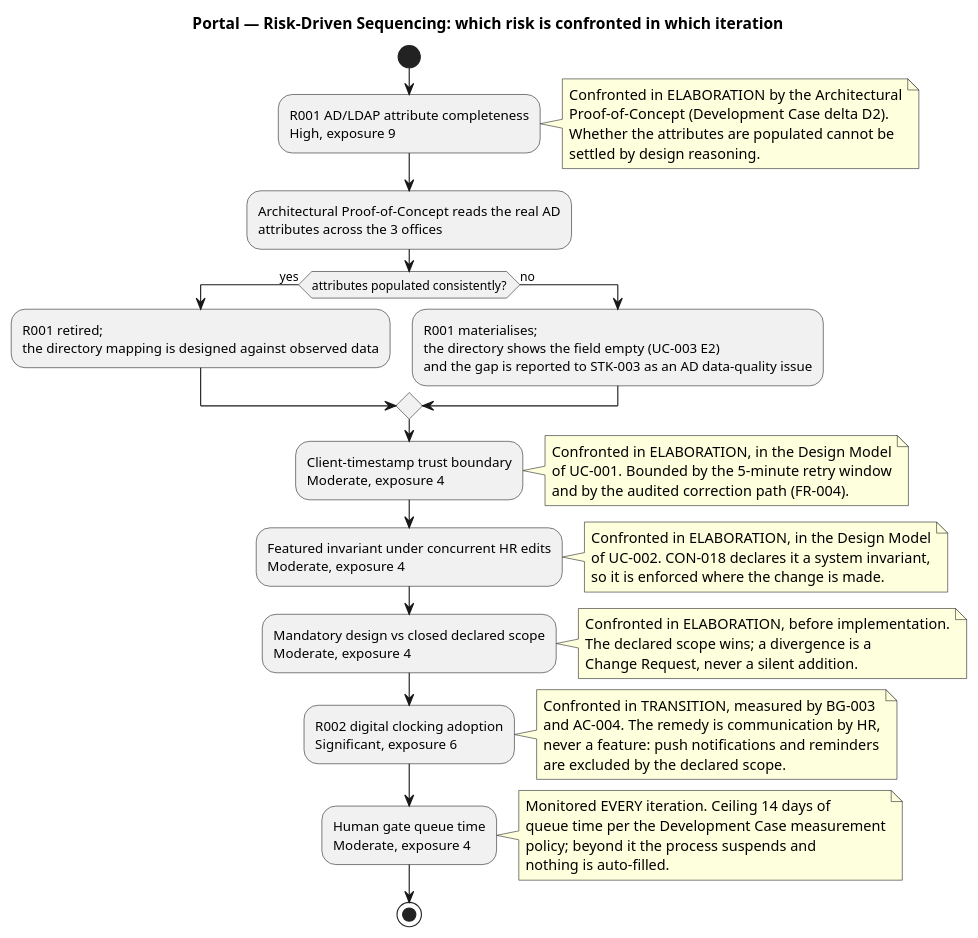
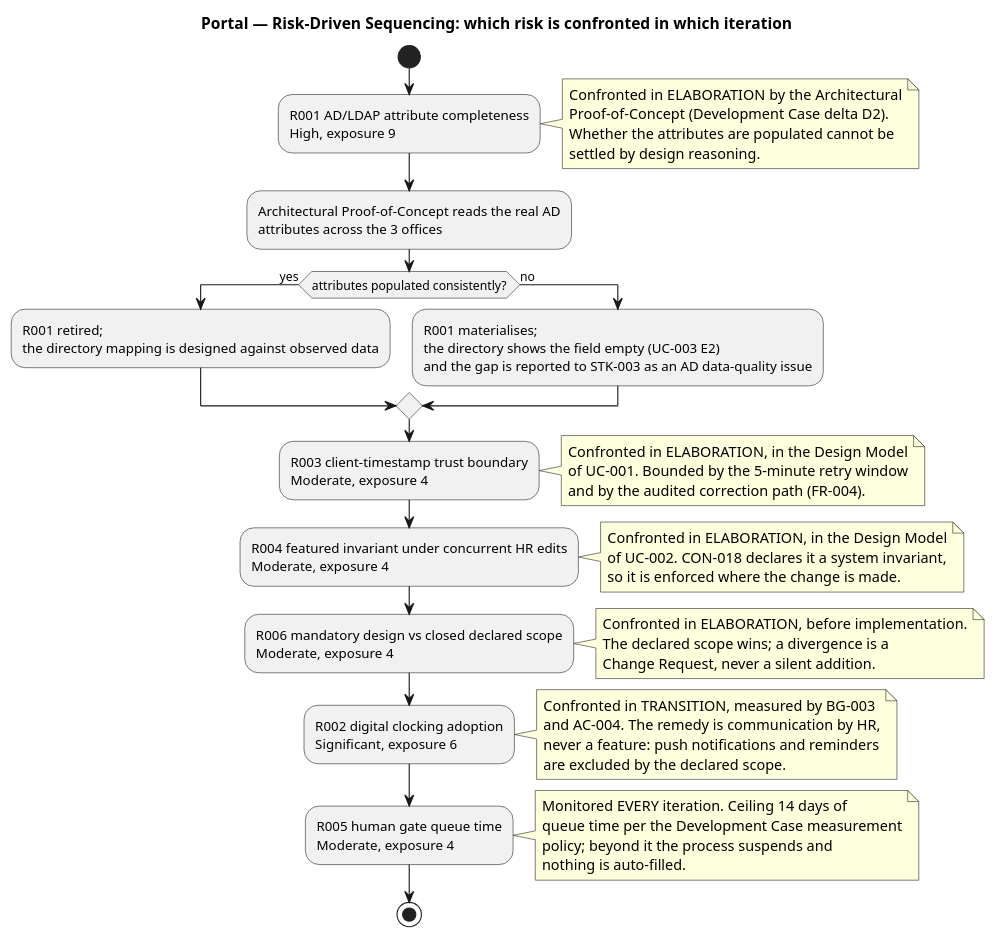
One commit to banense-test/portal changed the second of 2 diagrams in docs/artifacts/project-management/risk-list.md. Above: the diagram before and after it, drawn with PlantUML. The commit also changed other lines of this file, not shown here.

````diff
--- a/docs/artifacts/project-management/risk-list.md
+++ b/docs/artifacts/project-management/risk-list.md
@@ -157,53 +141,53 @@
 ```plantuml
 @startuml
 title Portal — Risk-Driven Sequencing: which risk is confronted in which iteration
 
 start
 :R001 AD/LDAP attribute completeness\nHigh, exposure 9;
 note right
   Confronted in ELABORATION by the Architectural
   Proof-of-Concept (Development Case delta D2).
   Whether the attributes are populated cannot be
   settled by design reasoning.
 end note
 :Architectural Proof-of-Concept reads the real AD\nattributes across the 3 offices;
 if (attributes populated consistently?) then (yes)
   :R001 retired;\nthe directory mapping is designed against observed data;
 else (no)
   :R001 materialises;\nthe directory shows the field empty (UC-003 E2)\nand the gap is reported to STK-003 as an AD data-quality issue;
 endif
-:Client-timestamp trust boundary\nModerate, exposure 4;
+:R003 client-timestamp trust boundary\nModerate, exposure 4;
 note right
   Confronted in ELABORATION, in the Design Model
   of UC-001. Bounded by the 5-minute retry window
   and by the audited correction path (FR-004).
 end note
-:Featured invariant under concurrent HR edits\nModerate, exposure 4;
+:R004 featured invariant under concurrent HR edits\nModerate, exposure 4;
 note right
   Confronted in ELABORATION, in the Design Model
   of UC-002. CON-018 declares it a system invariant,
   so it is enforced where the change is made.
 end note
-:Mandatory design vs closed declared scope\nModerate, exposure 4;
+:R006 mandatory design vs closed declared scope\nModerate, exposure 4;
 note right
   Confronted in ELABORATION, before implementation.
   The declared scope wins; a divergence is a
   Change Request, never a silent addition.
 end note
 :R002 digital clocking adoption\nSignificant, exposure 6;
 note right
   Confronted in TRANSITION, measured by BG-003
   and AC-004. The remedy is communication by HR,
   never a feature: push notifications and reminders
   are excluded by the declared scope.
 end note
-:Human gate queue time\nModerate, exposure 4;
+:R005 human gate queue time\nModerate, exposure 4;
 note right
   Monitored EVERY iteration. Ceiling 14 days of
   queue time per the Development Case measurement
   policy; beyond it the process suspends and
   nothing is auto-filled.
 end note
 stop
 @enduml
 ```
````
